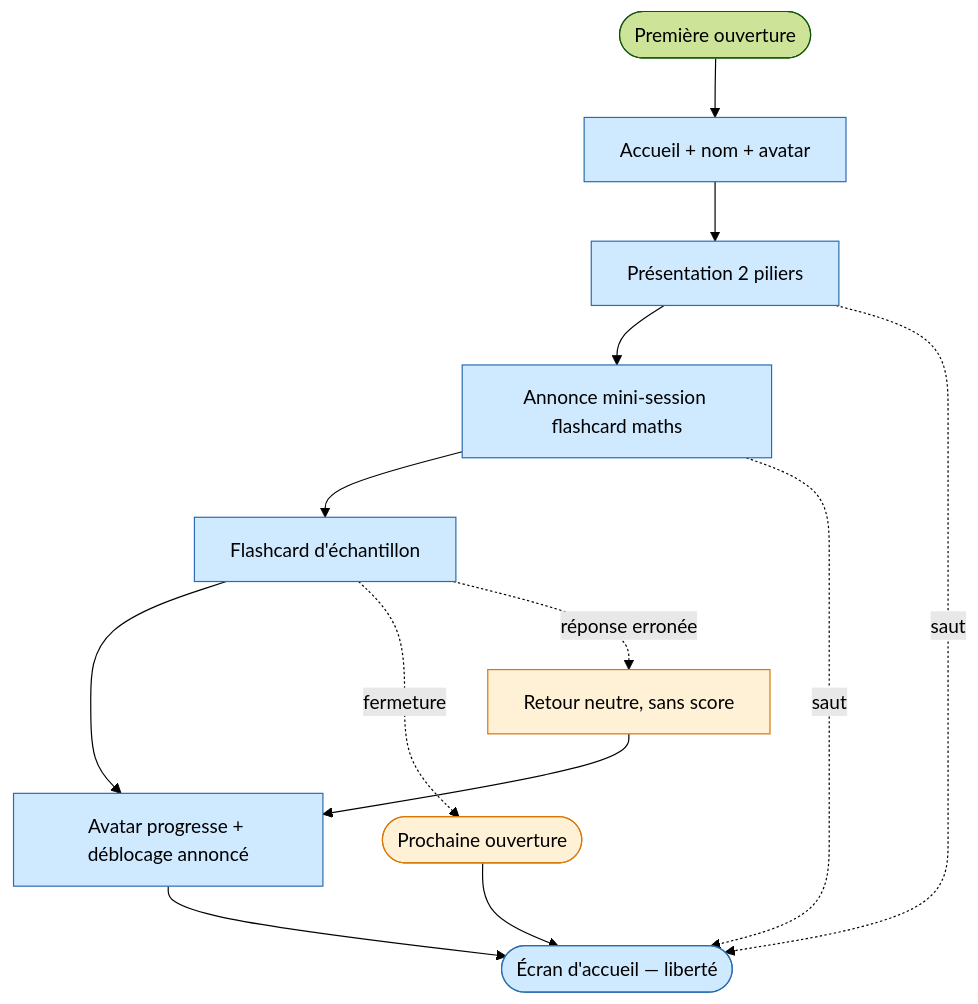
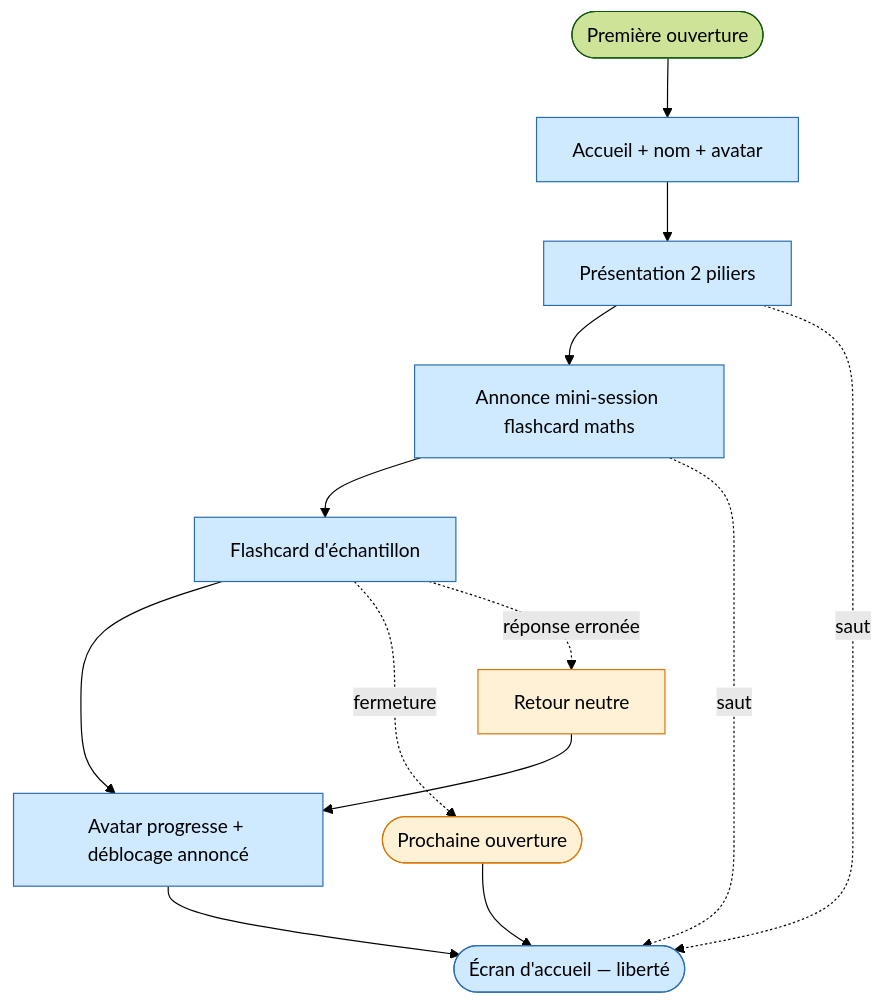
Before and after one commit to tnansot/juju-aviatrice: the diagram in docs/02-discovery/journeys/journey-premiere-utilisation.md, drawn with Mermaid (forest theme). The commit also changed other lines of this file and 11 other files, not shown here.

````diff
--- a/docs/02-discovery/journeys/journey-premiere-utilisation.md
+++ b/docs/02-discovery/journeys/journey-premiere-utilisation.md
@@ -122,19 +47,19 @@
 ```mermaid
 flowchart TD
     Start([Première ouverture]) --> S1[Accueil + nom + avatar]
     S1 --> S2[Présentation 2 piliers]
     S2 --> S3[Annonce mini-session flashcard maths]
     S3 --> S4[Flashcard d'échantillon]
     S4 --> S5[Avatar progresse + déblocage annoncé]
     S5 --> S6([Écran d'accueil — liberté])
 
     S2 -. saut .-> S6
     S3 -. saut .-> S6
     S4 -. fermeture .-> Reouverture([Prochaine ouverture]) --> S6
-    S4 -. réponse erronée .-> S4Bis[Retour neutre, sans score] --> S5
+    S4 -. réponse erronée .-> S4Bis[Retour neutre] --> S5
 
     classDef m0 fill:#cfe9ff,stroke:#2b6cb0
     classDef alt fill:#fff1d6,stroke:#d97706
     class S1,S2,S3,S4,S5,S6 m0
     class S4Bis,Reouverture alt
 ```
````
